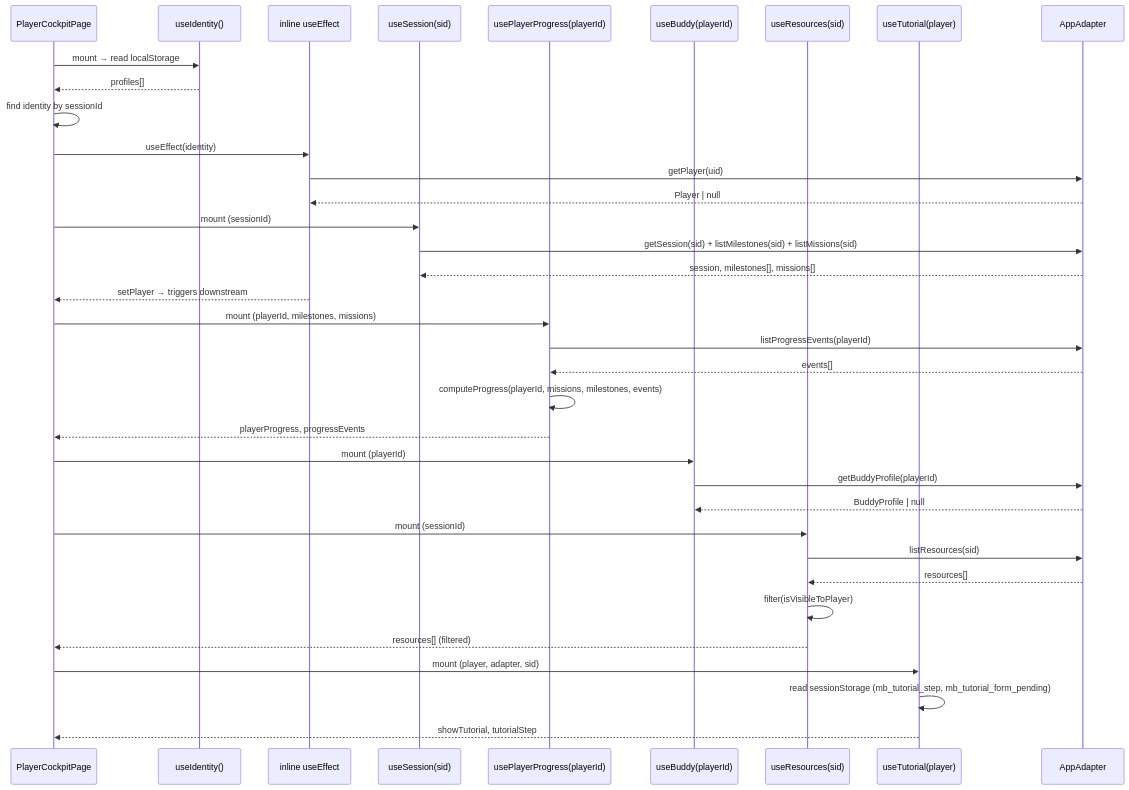
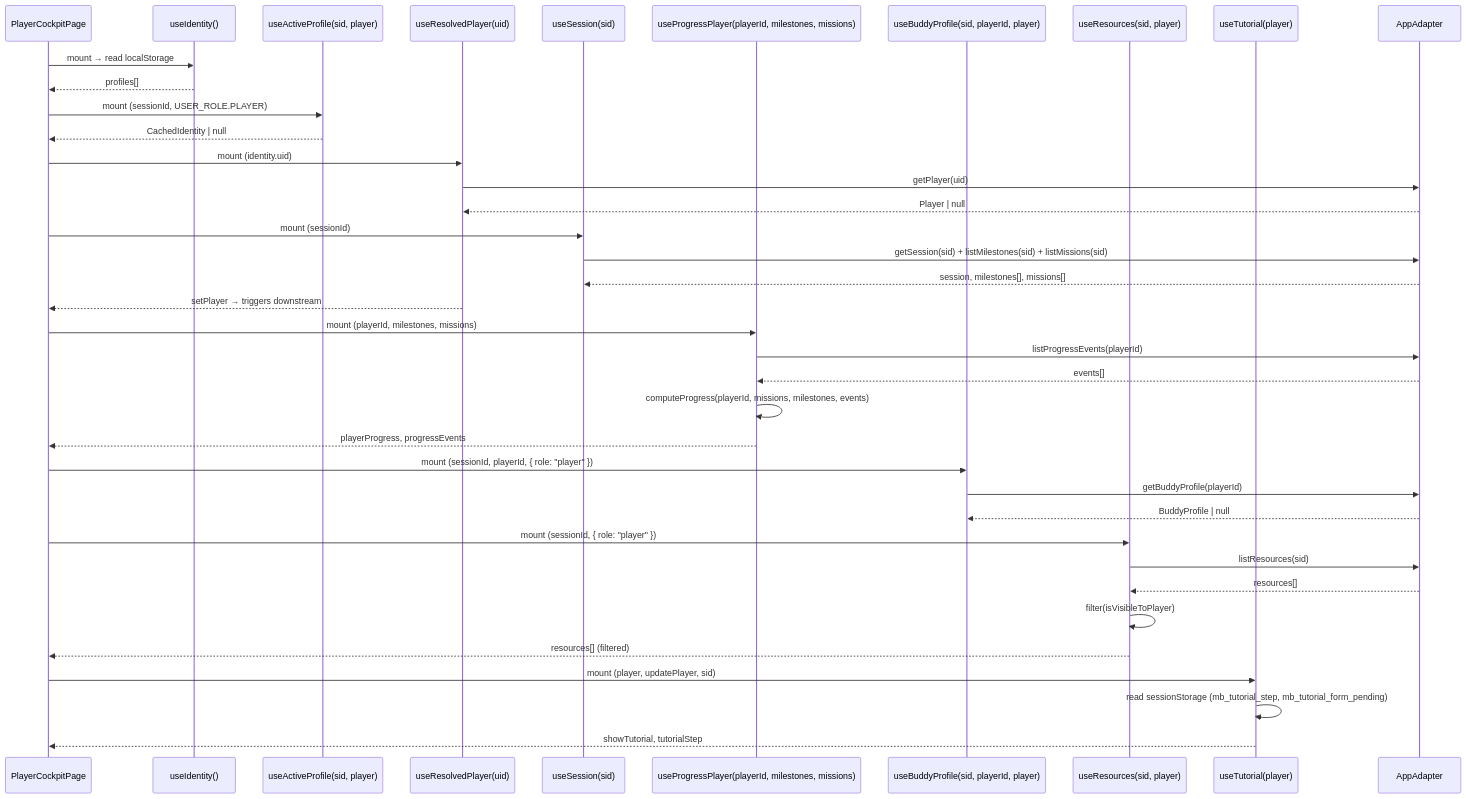
Before and after one commit to hoonsubin/messe-buddy-app: the second of 6 diagrams in docs/player-view-data.md, drawn with Mermaid. The commit also changed other lines of this file and 43 other files, not shown here.

````diff
--- a/docs/player-view-data.md
+++ b/docs/player-view-data.md
@@ -81,46 +81,49 @@
 ```mermaid
 sequenceDiagram
     participant Page as PlayerCockpitPage
     participant Identity as useIdentity()
-    participant PlayerResolve as inline useEffect
+    participant ActiveProfile as useActiveProfile(sid, player)
+    participant Player as useResolvedPlayer(uid)
     participant Session as useSession(sid)
-    participant Progress as usePlayerProgress(playerId)
-    participant Buddy as useBuddy(playerId)
-    participant Resources as useResources(sid)
+    participant Progress as useProgressPlayer(playerId, milestones, missions)
+    participant Buddy as useBuddyProfile(sid, playerId, player)
+    participant Resources as useResources(sid, player)
     participant Tutorial as useTutorial(player)
     participant Adapter as AppAdapter
 
     Page->>Identity: mount → read localStorage
     Identity-->>Page: profiles[]
 
-    Page->>Page: find identity by sessionId
-    Page->>PlayerResolve: useEffect(identity)
-    PlayerResolve->>Adapter: getPlayer(uid)
-    Adapter-->>PlayerResolve: Player | null
+    Page->>ActiveProfile: mount (sessionId, USER_ROLE.PLAYER)
+    ActiveProfile-->>Page: CachedIdentity | null
+
+    Page->>Player: mount (identity.uid)
+    Player->>Adapter: getPlayer(uid)
+    Adapter-->>Player: Player | null
 
     Page->>Session: mount (sessionId)
     Session->>Adapter: getSession(sid) + listMilestones(sid) + listMissions(sid)
     Adapter-->>Session: session, milestones[], missions[]
 
-    PlayerResolve-->>Page: setPlayer → triggers downstream
+    Player-->>Page: setPlayer → triggers downstream
 
     Page->>Progress: mount (playerId, milestones, missions)
     Progress->>Adapter: listProgressEvents(playerId)
     Adapter-->>Progress: events[]
     Progress->>Progress: computeProgress(playerId, missions, milestones, events)
     Progress-->>Page: playerProgress, progressEvents
 
-    Page->>Buddy: mount (playerId)
+    Page->>Buddy: mount (sessionId, playerId, { role: "player" })
     Buddy->>Adapter: getBuddyProfile(playerId)
     Adapter-->>Buddy: BuddyProfile | null
 
-    Page->>Resources: mount (sessionId)
+    Page->>Resources: mount (sessionId, { role: "player" })
     Resources->>Adapter: listResources(sid)
     Adapter-->>Resources: resources[]
     Resources->>Resources: filter(isVisibleToPlayer)
     Resources-->>Page: resources[] (filtered)
 
-    Page->>Tutorial: mount (player, adapter, sid)
+    Page->>Tutorial: mount (player, updatePlayer, sid)
     Tutorial->>Tutorial: read sessionStorage (mb_tutorial_step, mb_tutorial_form_pending)
     Tutorial-->>Page: showTutorial, tutorialStep
 ```
````
